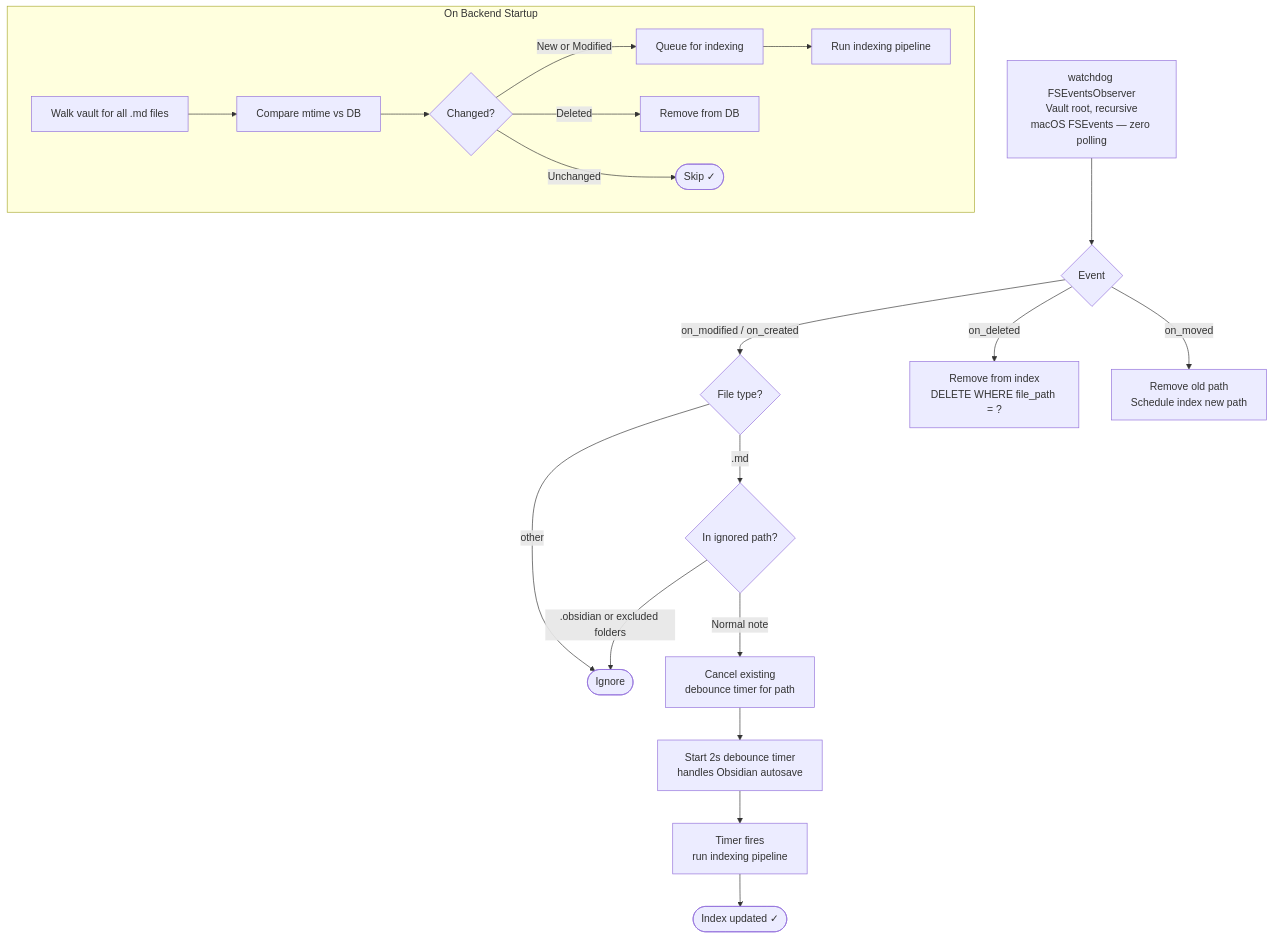
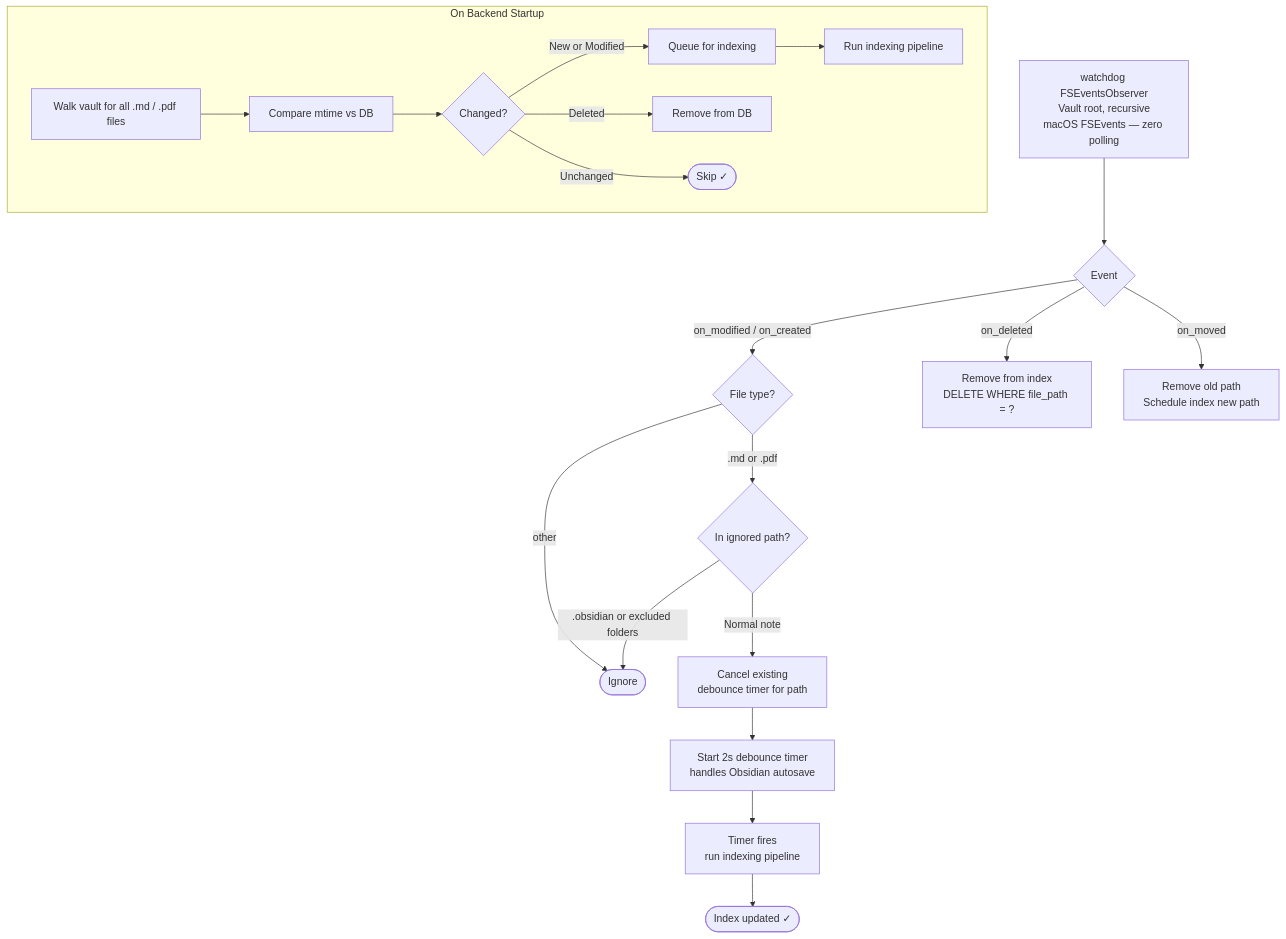
Before and after one commit to unnitin/obsidian-mcp: the sixth of 6 diagrams in docs/userflows.md, drawn with Mermaid. The commit also changed other lines of this file and 47 other files, not shown here.

````diff
--- a/docs/userflows.md
+++ b/docs/userflows.md
@@ -267,27 +237,27 @@
 ```mermaid
 flowchart TD
     A["watchdog FSEventsObserver<br/>Vault root, recursive<br/>macOS FSEvents — zero polling"] --> B{Event}
 
     B -->|"on_modified / on_created"| C{File type?}
     B -->|"on_deleted"| D["Remove from index<br/>DELETE WHERE file_path = ?"]
     B -->|"on_moved"| E["Remove old path<br/>Schedule index new path"]
 
-    C -->|".md"| F{In ignored path?}
+    C -->|".md or .pdf"| F{In ignored path?}
     C -->|"other"| G(["Ignore"])
 
     F -->|".obsidian or excluded folders"| G
     F -->|"Normal note"| H["Cancel existing<br/>debounce timer for path"]
 
     H --> I["Start 2s debounce timer<br/>handles Obsidian autosave"]
     I --> J["Timer fires<br/>run indexing pipeline"]
     J --> K(["Index updated ✓"])
 
     subgraph Startup ["On Backend Startup"]
-        S1["Walk vault for all .md files"] --> S2["Compare mtime vs DB"]
+        S1["Walk vault for all .md / .pdf files"] --> S2["Compare mtime vs DB"]
         S2 --> S3{Changed?}
         S3 -->|"New or Modified"| S4["Queue for indexing"]
         S3 -->|"Deleted"| S5["Remove from DB"]
         S3 -->|"Unchanged"| S6(["Skip ✓"])
         S4 --> S7["Run indexing pipeline"]
     end
 ```
````
